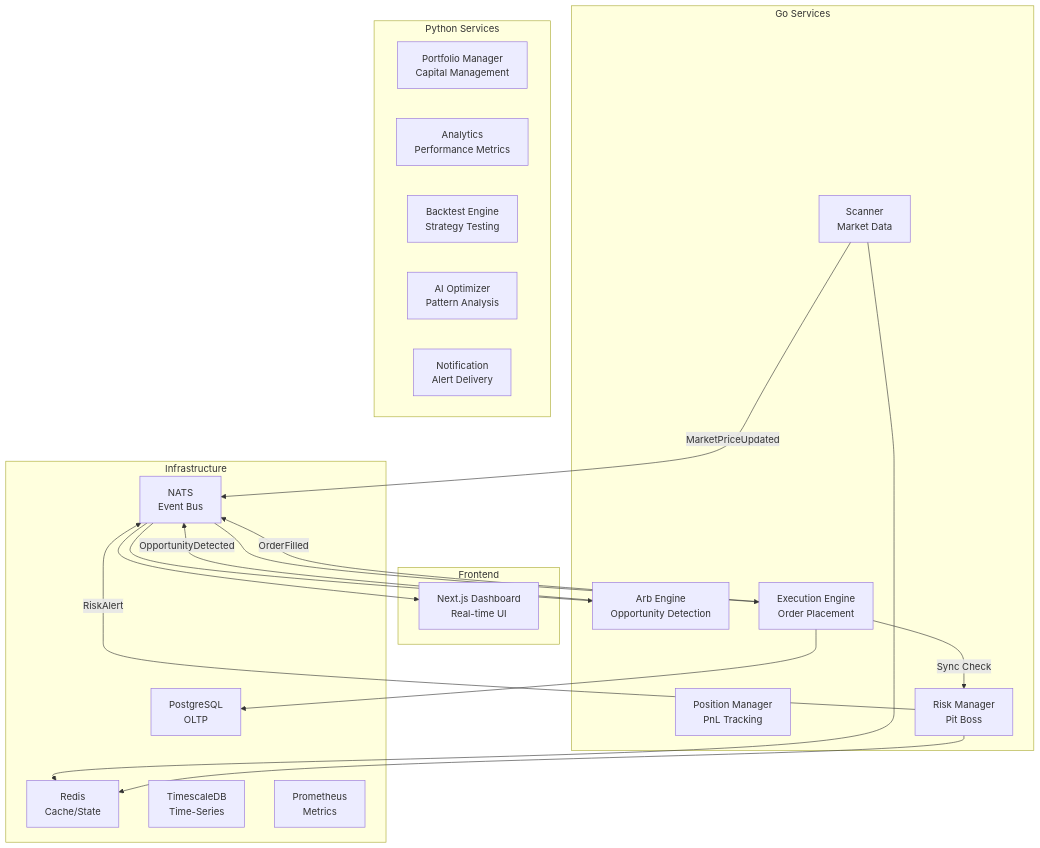
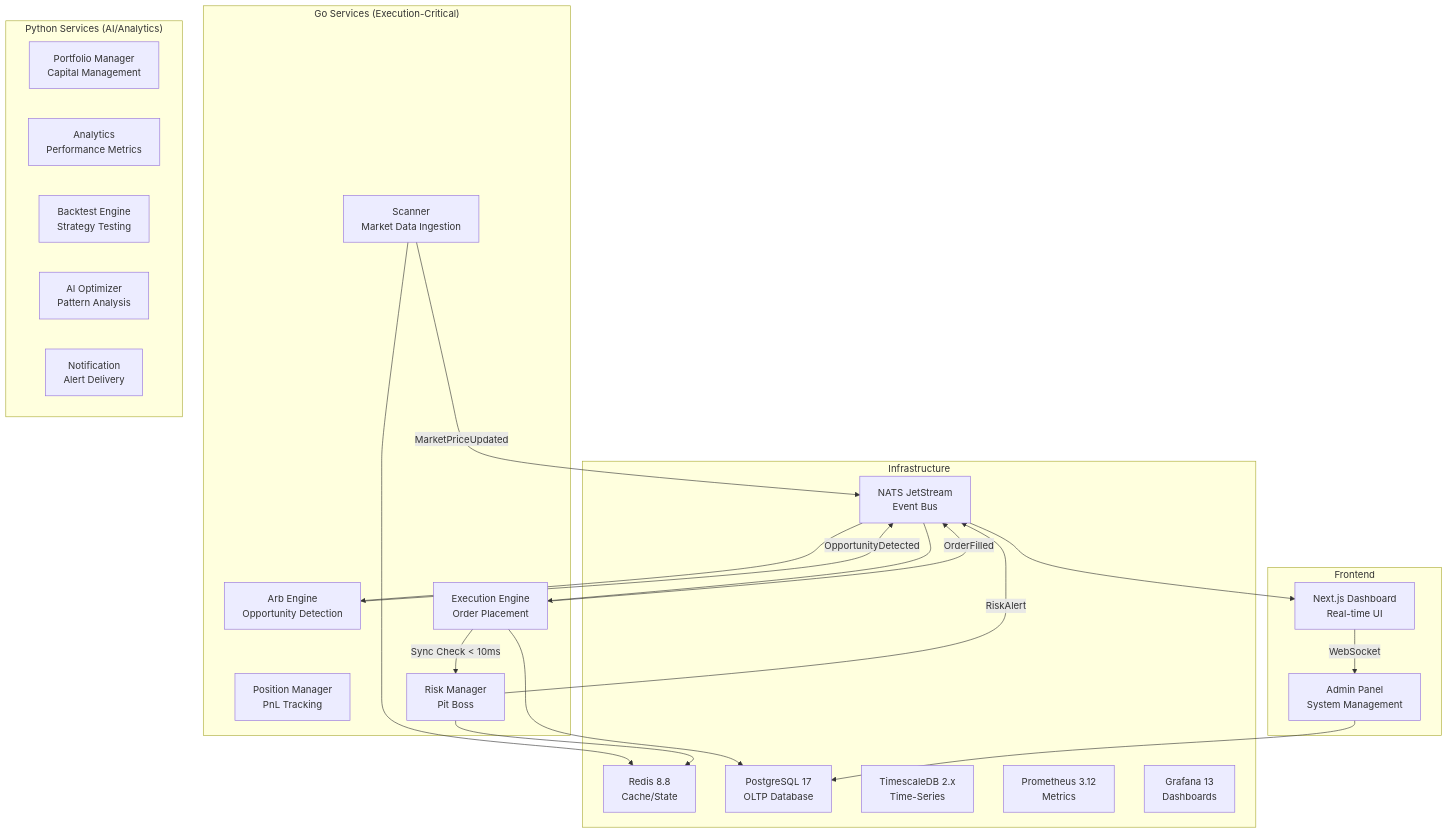
One commit to muhammadiwa/polymarket-trading-bot changed the diagram in README.md. Above: the diagram before and after it, drawn with Mermaid. The commit also changed other lines of this file, not shown here.

````diff
--- a/README.md
+++ b/README.md
@@ -115,44 +166,49 @@
 ```mermaid
 graph TB
-    subgraph "Go Services"
-        Scanner[Scanner<br/>Market Data]
+    subgraph "Go Services (Execution-Critical)"
+        Scanner[Scanner<br/>Market Data Ingestion]
         ArbEngine[Arb Engine<br/>Opportunity Detection]
         Execution[Execution Engine<br/>Order Placement]
         Position[Position Manager<br/>PnL Tracking]
         Risk[Risk Manager<br/>Pit Boss]
     end
     
-    subgraph "Python Services"
+    subgraph "Python Services (AI/Analytics)"
         Portfolio[Portfolio Manager<br/>Capital Management]
         Analytics[Analytics<br/>Performance Metrics]
         Backtest[Backtest Engine<br/>Strategy Testing]
         AIOptimizer[AI Optimizer<br/>Pattern Analysis]
         Notification[Notification<br/>Alert Delivery]
     end
     
     subgraph "Frontend"
         Dashboard[Next.js Dashboard<br/>Real-time UI]
+        Admin[Admin Panel<br/>System Management]
     end
     
     subgraph "Infrastructure"
-        NATS[NATS<br/>Event Bus]
-        Redis[Redis<br/>Cache/State]
-        PostgreSQL[PostgreSQL<br/>OLTP]
-        TimescaleDB[TimescaleDB<br/>Time-Series]
-        Prometheus[Prometheus<br/>Metrics]
+        NATS[NATS JetStream<br/>Event Bus]
+        Redis[Redis 8.8<br/>Cache/State]
+        PostgreSQL[PostgreSQL 17<br/>OLTP Database]
+        TimescaleDB[TimescaleDB 2.x<br/>Time-Series]
+        Prometheus[Prometheus 3.12<br/>Metrics]
+        Grafana[Grafana 13<br/>Dashboards]
     end
     
     Scanner -->|MarketPriceUpdated| NATS
     ArbEngine -->|OpportunityDetected| NATS
     Execution -->|OrderFilled| NATS
     Risk -->|RiskAlert| NATS
     
     NATS --> ArbEngine
     NATS --> Execution
     NATS --> Dashboard
     
-    Execution -->|Sync Check| Risk
+    Execution -->|Sync Check < 10ms| Risk
     Execution --> PostgreSQL
     Scanner --> Redis
     Risk --> Redis
+    
+    Dashboard -->|WebSocket| Admin
+    Admin --> PostgreSQL
 ```
````
